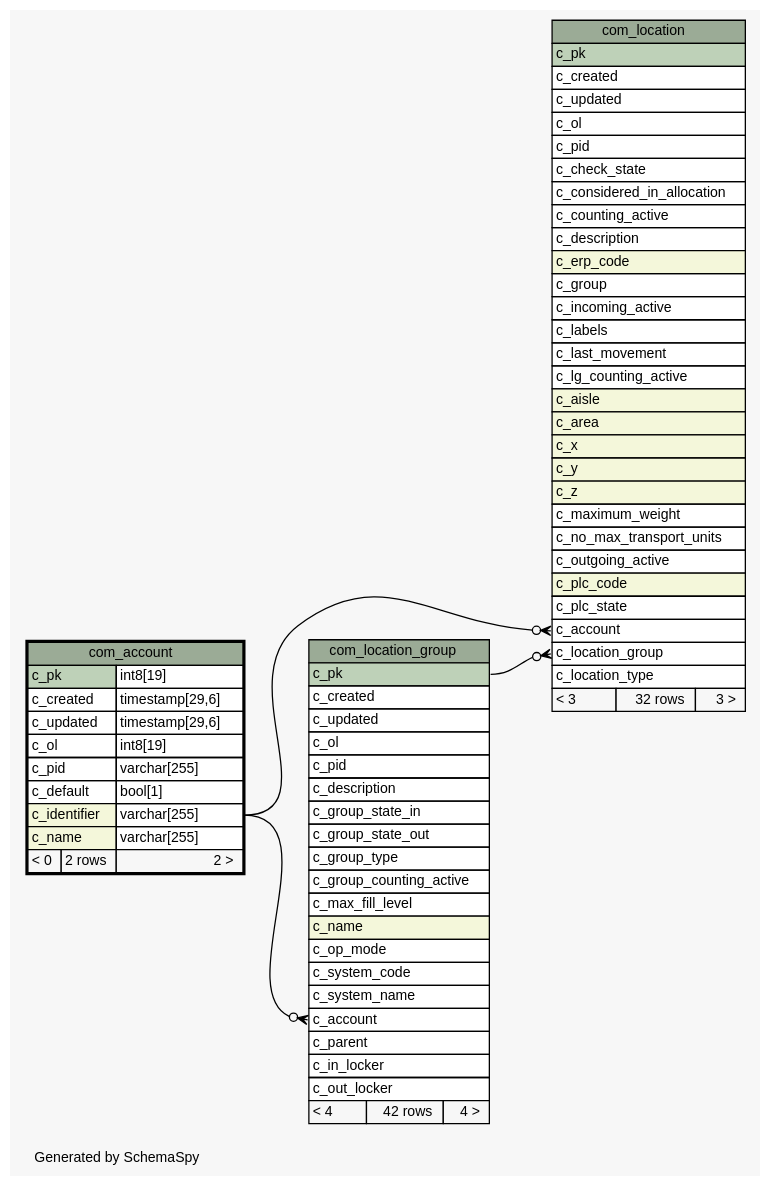
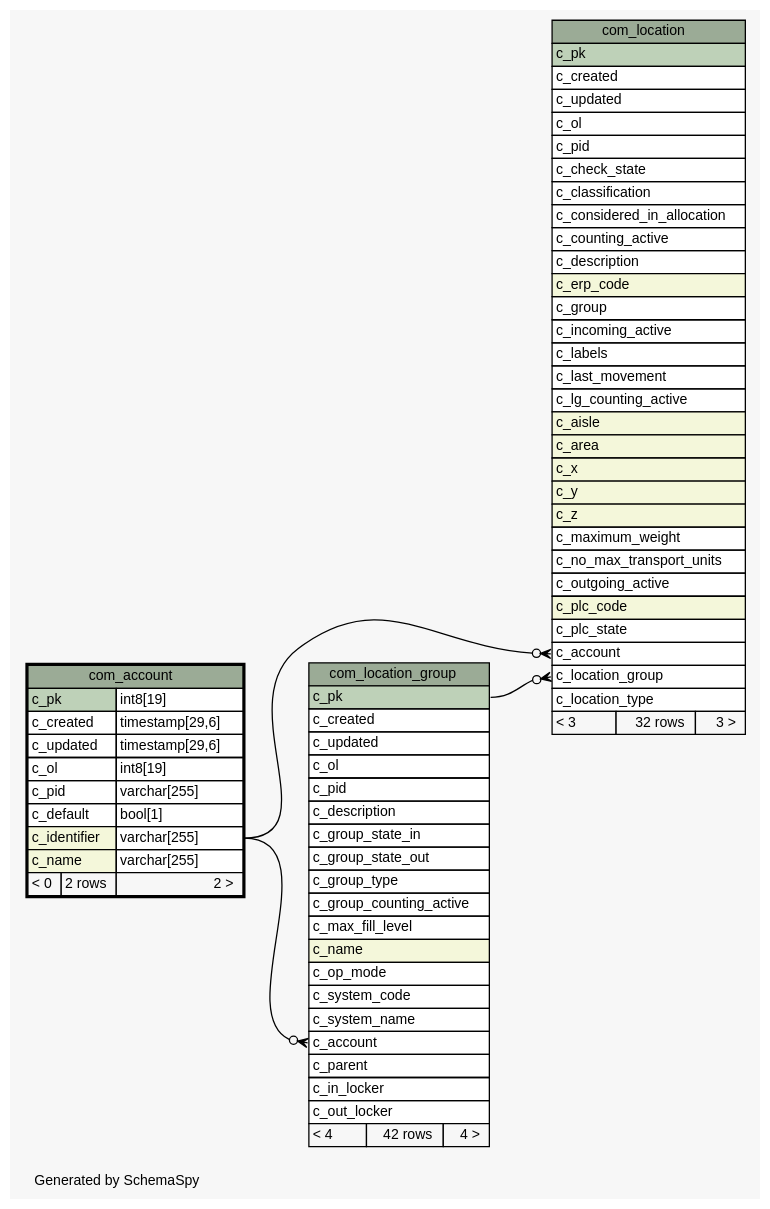
The diagram in 1.7.0-SNAPSHOT/schemaspy/diagrams/com_account.1degree.dot (openwms/org.openwms.common.service.lib), drawn with Graphviz before and after one commit. The commit also changed 436 other files, not shown here.

```diff
--- a/1.7.0-SNAPSHOT/schemaspy/diagrams/com_account.1degree.dot
+++ b/1.7.0-SNAPSHOT/schemaspy/diagrams/com_account.1degree.dot
@@ -1,107 +1,108 @@
 // dot 2.38.0 on Linux 4.15.0-1077-gcp
 // SchemaSpy rev Unknown
 digraph "oneDegreeRelationshipsDiagram" {
   graph [
     rankdir="RL"
     bgcolor="#f7f7f7"
     label="\nGenerated by SchemaSpy"
     labeljust="l"
     nodesep="0.18"
     ranksep="0.46"
     fontname="Helvetica"
     fontsize="11"
   ];
   node [
     fontname="Helvetica"
     fontsize="11"
     shape="plaintext"
   ];
   edge [
     arrowsize="0.8"
   ];
   "com_location":"c_account":w -> "com_account":"c_identifier.type":e [arrowhead=none dir=back arrowtail=crowodot];
   "com_location":"c_location_group":w -> "com_location_group":"c_pk":e [arrowhead=none dir=back arrowtail=crowodot];
   "com_location_group":"c_account":w -> "com_account":"c_identifier.type":e [arrowhead=none dir=back arrowtail=crowodot];
   "com_account" [
     label=<
     <TABLE BORDER="2" CELLBORDER="1" CELLSPACING="0" BGCOLOR="#ffffff">
       <TR><TD COLSPAN="3" BGCOLOR="#9bab96" ALIGN="CENTER">com_account</TD></TR>
       <TR><TD PORT="c_pk" COLSPAN="2" BGCOLOR="#bed1b8" ALIGN="LEFT">c_pk</TD><TD PORT="c_pk.type" ALIGN="LEFT">int8[19]</TD></TR>
       <TR><TD PORT="c_created" COLSPAN="2" ALIGN="LEFT">c_created</TD><TD PORT="c_created.type" ALIGN="LEFT">timestamp[29,6]</TD></TR>
       <TR><TD PORT="c_updated" COLSPAN="2" ALIGN="LEFT">c_updated</TD><TD PORT="c_updated.type" ALIGN="LEFT">timestamp[29,6]</TD></TR>
       <TR><TD PORT="c_ol" COLSPAN="2" ALIGN="LEFT">c_ol</TD><TD PORT="c_ol.type" ALIGN="LEFT">int8[19]</TD></TR>
       <TR><TD PORT="c_pid" COLSPAN="2" ALIGN="LEFT">c_pid</TD><TD PORT="c_pid.type" ALIGN="LEFT">varchar[255]</TD></TR>
       <TR><TD PORT="c_default" COLSPAN="2" ALIGN="LEFT">c_default</TD><TD PORT="c_default.type" ALIGN="LEFT">bool[1]</TD></TR>
       <TR><TD PORT="c_identifier" COLSPAN="2" BGCOLOR="#f4f7da" ALIGN="LEFT">c_identifier</TD><TD PORT="c_identifier.type" ALIGN="LEFT">varchar[255]</TD></TR>
       <TR><TD PORT="c_name" COLSPAN="2" BGCOLOR="#f4f7da" ALIGN="LEFT">c_name</TD><TD PORT="c_name.type" ALIGN="LEFT">varchar[255]</TD></TR>
       <TR><TD ALIGN="LEFT" BGCOLOR="#f7f7f7">&lt; 0</TD><TD ALIGN="RIGHT" BGCOLOR="#f7f7f7">2 rows</TD><TD ALIGN="RIGHT" BGCOLOR="#f7f7f7">2 &gt;</TD></TR>
     </TABLE>>
     URL="com_account.html"
     tooltip="com_account"
   ];
   "com_location" [
     label=<
     <TABLE BORDER="0" CELLBORDER="1" CELLSPACING="0" BGCOLOR="#ffffff">
       <TR><TD COLSPAN="3" BGCOLOR="#9bab96" ALIGN="CENTER">com_location</TD></TR>
       <TR><TD PORT="c_pk" COLSPAN="3" BGCOLOR="#bed1b8" ALIGN="LEFT">c_pk</TD></TR>
       <TR><TD PORT="c_created" COLSPAN="3" ALIGN="LEFT">c_created</TD></TR>
       <TR><TD PORT="c_updated" COLSPAN="3" ALIGN="LEFT">c_updated</TD></TR>
       <TR><TD PORT="c_ol" COLSPAN="3" ALIGN="LEFT">c_ol</TD></TR>
       <TR><TD PORT="c_pid" COLSPAN="3" ALIGN="LEFT">c_pid</TD></TR>
       <TR><TD PORT="c_check_state" COLSPAN="3" ALIGN="LEFT">c_check_state</TD></TR>
+      <TR><TD PORT="c_classification" COLSPAN="3" ALIGN="LEFT">c_classification</TD></TR>
       <TR><TD PORT="c_considered_in_allocation" COLSPAN="3" ALIGN="LEFT">c_considered_in_allocation</TD></TR>
       <TR><TD PORT="c_counting_active" COLSPAN="3" ALIGN="LEFT">c_counting_active</TD></TR>
       <TR><TD PORT="c_description" COLSPAN="3" ALIGN="LEFT">c_description</TD></TR>
       <TR><TD PORT="c_erp_code" COLSPAN="3" BGCOLOR="#f4f7da" ALIGN="LEFT">c_erp_code</TD></TR>
       <TR><TD PORT="c_group" COLSPAN="3" ALIGN="LEFT">c_group</TD></TR>
       <TR><TD PORT="c_incoming_active" COLSPAN="3" ALIGN="LEFT">c_incoming_active</TD></TR>
       <TR><TD PORT="c_labels" COLSPAN="3" ALIGN="LEFT">c_labels</TD></TR>
       <TR><TD PORT="c_last_movement" COLSPAN="3" ALIGN="LEFT">c_last_movement</TD></TR>
       <TR><TD PORT="c_lg_counting_active" COLSPAN="3" ALIGN="LEFT">c_lg_counting_active</TD></TR>
       <TR><TD PORT="c_aisle" COLSPAN="3" BGCOLOR="#f4f7da" ALIGN="LEFT">c_aisle</TD></TR>
       <TR><TD PORT="c_area" COLSPAN="3" BGCOLOR="#f4f7da" ALIGN="LEFT">c_area</TD></TR>
       <TR><TD PORT="c_x" COLSPAN="3" BGCOLOR="#f4f7da" ALIGN="LEFT">c_x</TD></TR>
       <TR><TD PORT="c_y" COLSPAN="3" BGCOLOR="#f4f7da" ALIGN="LEFT">c_y</TD></TR>
       <TR><TD PORT="c_z" COLSPAN="3" BGCOLOR="#f4f7da" ALIGN="LEFT">c_z</TD></TR>
       <TR><TD PORT="c_maximum_weight" COLSPAN="3" ALIGN="LEFT">c_maximum_weight</TD></TR>
       <TR><TD PORT="c_no_max_transport_units" COLSPAN="3" ALIGN="LEFT">c_no_max_transport_units</TD></TR>
       <TR><TD PORT="c_outgoing_active" COLSPAN="3" ALIGN="LEFT">c_outgoing_active</TD></TR>
       <TR><TD PORT="c_plc_code" COLSPAN="3" BGCOLOR="#f4f7da" ALIGN="LEFT">c_plc_code</TD></TR>
       <TR><TD PORT="c_plc_state" COLSPAN="3" ALIGN="LEFT">c_plc_state</TD></TR>
       <TR><TD PORT="c_account" COLSPAN="3" ALIGN="LEFT">c_account</TD></TR>
       <TR><TD PORT="c_location_group" COLSPAN="3" ALIGN="LEFT">c_location_group</TD></TR>
       <TR><TD PORT="c_location_type" COLSPAN="3" ALIGN="LEFT">c_location_type</TD></TR>
       <TR><TD ALIGN="LEFT" BGCOLOR="#f7f7f7">&lt; 3</TD><TD ALIGN="RIGHT" BGCOLOR="#f7f7f7">32 rows</TD><TD ALIGN="RIGHT" BGCOLOR="#f7f7f7">3 &gt;</TD></TR>
     </TABLE>>
     URL="com_location.html"
     tooltip="com_location"
   ];
   "com_location_group" [
     label=<
     <TABLE BORDER="0" CELLBORDER="1" CELLSPACING="0" BGCOLOR="#ffffff">
       <TR><TD COLSPAN="3" BGCOLOR="#9bab96" ALIGN="CENTER">com_location_group</TD></TR>
       <TR><TD PORT="c_pk" COLSPAN="3" BGCOLOR="#bed1b8" ALIGN="LEFT">c_pk</TD></TR>
       <TR><TD PORT="c_created" COLSPAN="3" ALIGN="LEFT">c_created</TD></TR>
       <TR><TD PORT="c_updated" COLSPAN="3" ALIGN="LEFT">c_updated</TD></TR>
       <TR><TD PORT="c_ol" COLSPAN="3" ALIGN="LEFT">c_ol</TD></TR>
       <TR><TD PORT="c_pid" COLSPAN="3" ALIGN="LEFT">c_pid</TD></TR>
       <TR><TD PORT="c_description" COLSPAN="3" ALIGN="LEFT">c_description</TD></TR>
       <TR><TD PORT="c_group_state_in" COLSPAN="3" ALIGN="LEFT">c_group_state_in</TD></TR>
       <TR><TD PORT="c_group_state_out" COLSPAN="3" ALIGN="LEFT">c_group_state_out</TD></TR>
       <TR><TD PORT="c_group_type" COLSPAN="3" ALIGN="LEFT">c_group_type</TD></TR>
       <TR><TD PORT="c_group_counting_active" COLSPAN="3" ALIGN="LEFT">c_group_counting_active</TD></TR>
       <TR><TD PORT="c_max_fill_level" COLSPAN="3" ALIGN="LEFT">c_max_fill_level</TD></TR>
       <TR><TD PORT="c_name" COLSPAN="3" BGCOLOR="#f4f7da" ALIGN="LEFT">c_name</TD></TR>
       <TR><TD PORT="c_op_mode" COLSPAN="3" ALIGN="LEFT">c_op_mode</TD></TR>
       <TR><TD PORT="c_system_code" COLSPAN="3" ALIGN="LEFT">c_system_code</TD></TR>
       <TR><TD PORT="c_system_name" COLSPAN="3" ALIGN="LEFT">c_system_name</TD></TR>
       <TR><TD PORT="c_account" COLSPAN="3" ALIGN="LEFT">c_account</TD></TR>
       <TR><TD PORT="c_parent" COLSPAN="3" ALIGN="LEFT">c_parent</TD></TR>
       <TR><TD PORT="c_in_locker" COLSPAN="3" ALIGN="LEFT">c_in_locker</TD></TR>
       <TR><TD PORT="c_out_locker" COLSPAN="3" ALIGN="LEFT">c_out_locker</TD></TR>
       <TR><TD ALIGN="LEFT" BGCOLOR="#f7f7f7">&lt; 4</TD><TD ALIGN="RIGHT" BGCOLOR="#f7f7f7">42 rows</TD><TD ALIGN="RIGHT" BGCOLOR="#f7f7f7">4 &gt;</TD></TR>
     </TABLE>>
     URL="com_location_group.html"
     tooltip="com_location_group"
   ];
 }
```
